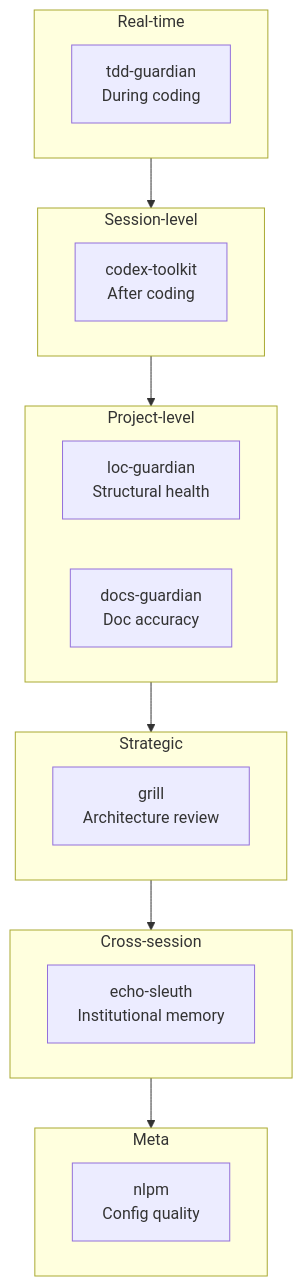
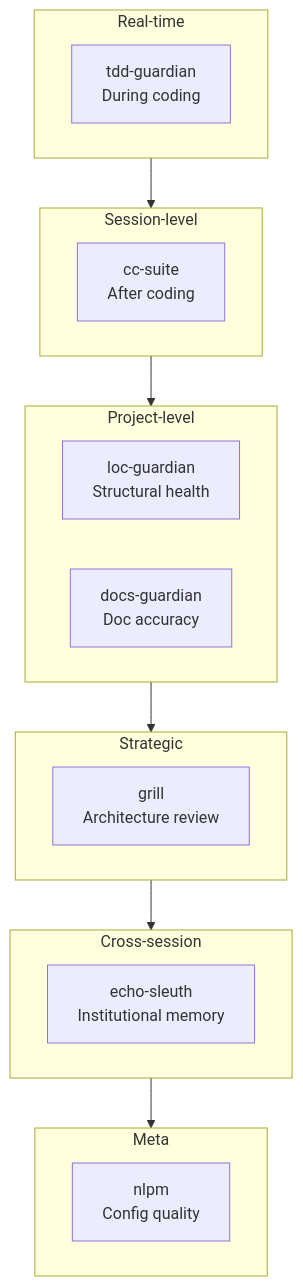
One commit to xiaolai/vmark changed the tenth of 13 diagrams in website/guide/users-as-developers/plugins-as-infrastructure.md. Above: the diagram before and after it, drawn with Mermaid. The commit also changed other lines of this file and 29 other files, not shown here.

First line of the commit message:
chore: rename codex-toolkit references to cc-suite

````diff
--- a/website/guide/users-as-developers/plugins-as-infrastructure.md
+++ b/website/guide/users-as-developers/plugins-as-infrastructure.md
@@ -374,24 +374,24 @@
 ```mermaid
 flowchart TB
     subgraph RT["Real-time"]
         TG2["tdd-guardian\nDuring coding"]
     end
     subgraph Session["Session-level"]
-        CT2["codex-toolkit\nAfter coding"]
+        CT2["cc-suite\nAfter coding"]
     end
     subgraph Project["Project-level"]
         LG2["loc-guardian\nStructural health"]
         DG2["docs-guardian\nDoc accuracy"]
     end
     subgraph Strategic["Strategic"]
         GR2["grill\nArchitecture review"]
     end
     subgraph Memory["Cross-session"]
         ES2["echo-sleuth\nInstitutional memory"]
     end
     subgraph Meta["Meta"]
         NL2["nlpm\nConfig quality"]
     end
 
     RT --> Session --> Project --> Strategic --> Memory --> Meta
 ```
````
